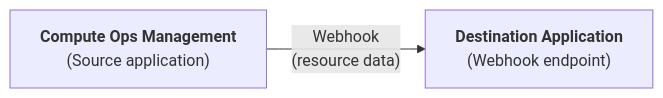
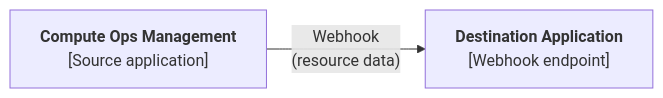
One commit to jullienl/jullienl.github.io changed the first of 3 diagrams in _posts/2024-04-25-Implementing webhooks with COM.md. Above: the diagram before and after it, drawn with Mermaid. The commit also changed other lines of this file, not shown here.

Commit message:
Improve mermaid diagrams

```diff
--- a/_posts/2024-04-25-Implementing webhooks with COM.md
+++ b/_posts/2024-04-25-Implementing webhooks with COM.md
@@ -67,8 +67,8 @@
 <div class="mermaid">
 graph LR;
     A["`**Compute Ops Management**
-    (Source application)`"]
+    [Source application]`"]
     B["`**Destination Application**
-    (Webhook endpoint)`"];
+    [Webhook endpoint]`"];
     A--Webhook<br>(resource data)-->B
 </div>   
```
